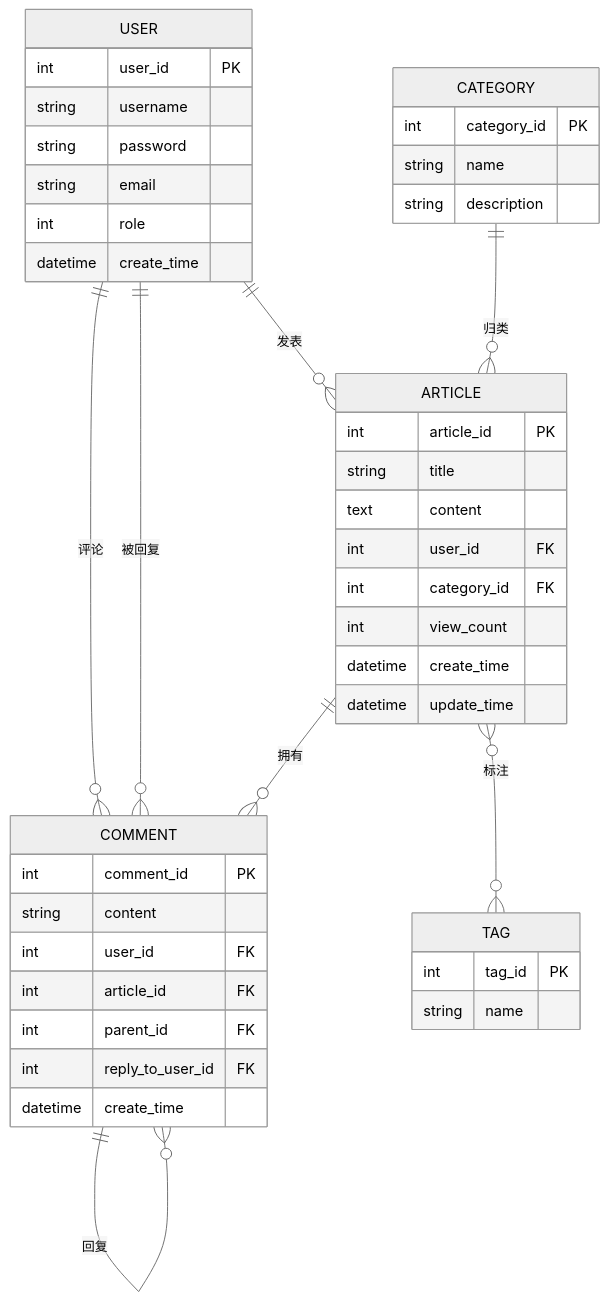
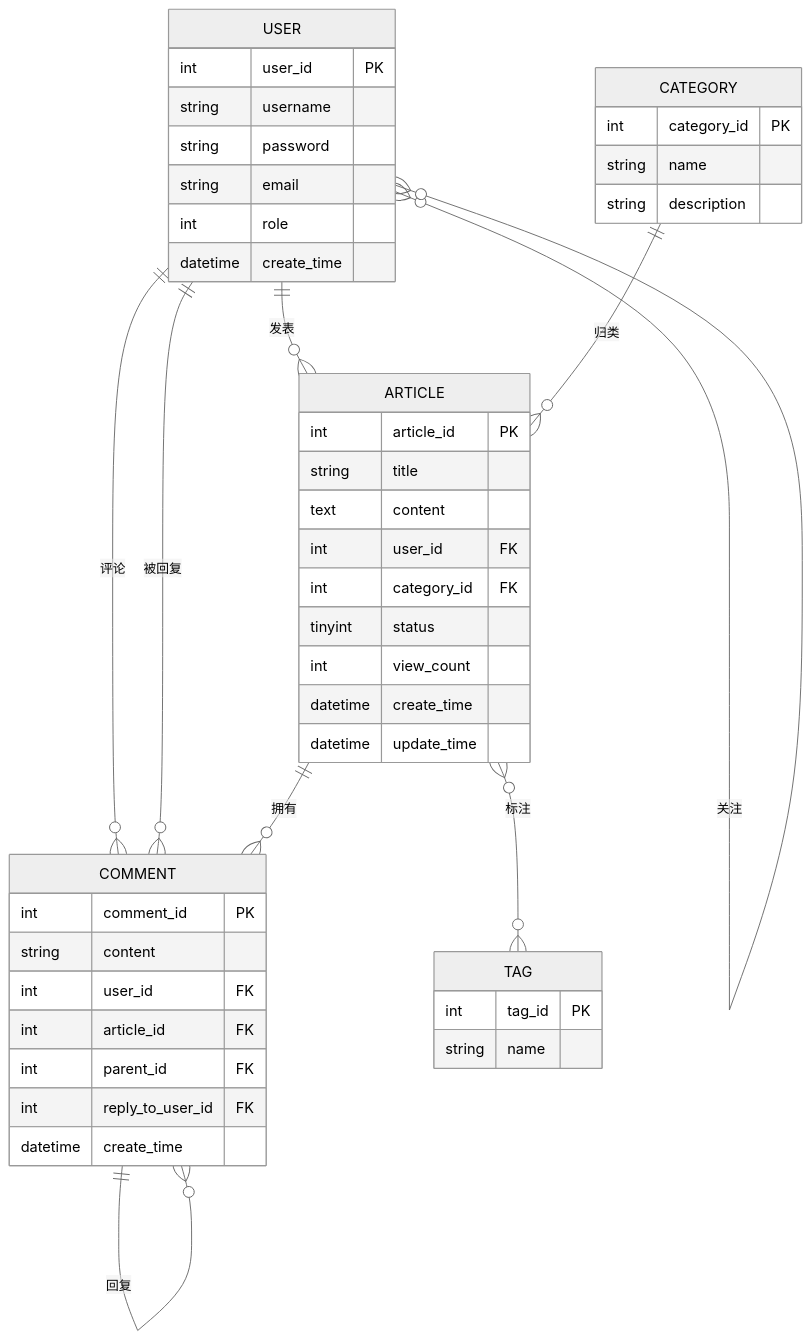
The second of 2 diagrams in docs/数据库设计文档.md (riverstarmeltsnow/knowledge-blog), drawn with Mermaid (neutral theme) before and after one commit. The commit also changed other lines of this file and 44 other files, not shown here.

````diff
--- a/docs/数据库设计文档.md
+++ b/docs/数据库设计文档.md
@@ -53,47 +58,49 @@
 ```mermaid
 erDiagram
     USER ||--o{ ARTICLE : "发表"
     USER ||--o{ COMMENT : "评论"
     USER ||--o{ COMMENT : "被回复"
     CATEGORY ||--o{ ARTICLE : "归类"
     ARTICLE ||--o{ COMMENT : "拥有"
     COMMENT ||--o{ COMMENT : "回复"
     ARTICLE }o--o{ TAG : "标注"
+    USER }o--o{ USER : "关注"
 
     USER {
         int user_id PK
         string username
         string password
         string email
         int role
         datetime create_time
     }
     ARTICLE {
         int article_id PK
         string title
         text content
         int user_id FK
         int category_id FK
+        tinyint status
         int view_count
         datetime create_time
         datetime update_time
     }
     CATEGORY {
         int category_id PK
         string name
         string description
     }
     TAG {
         int tag_id PK
         string name
     }
     COMMENT {
         int comment_id PK
         string content
         int user_id FK
         int article_id FK
         int parent_id FK
         int reply_to_user_id FK
         datetime create_time
     }
 ```
````
